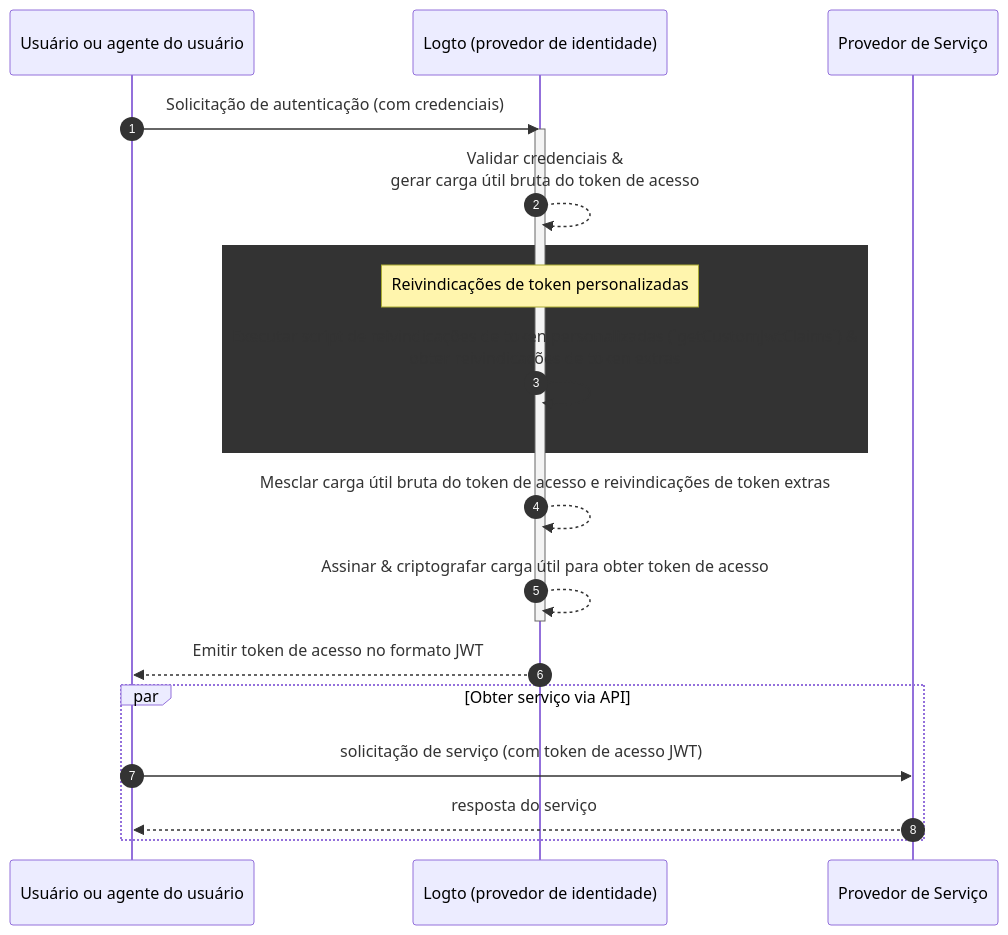
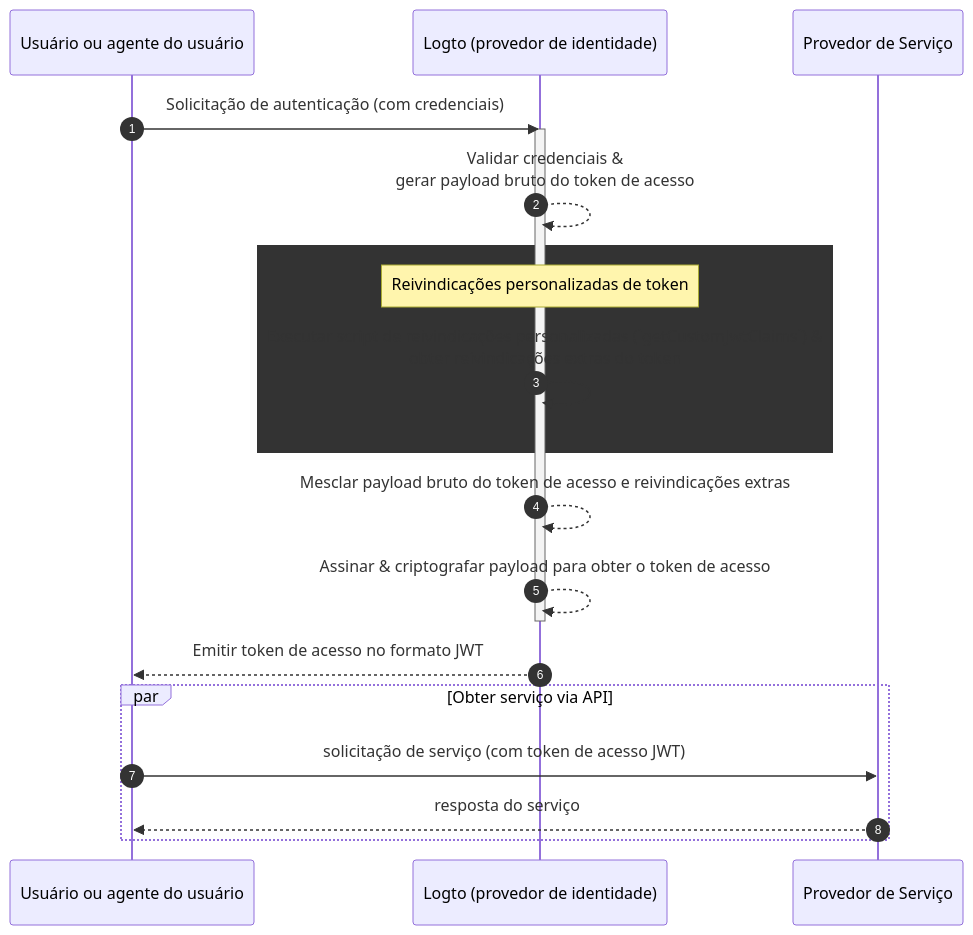
Before and after one commit to logto-io/docs: the diagram in i18n/pt-BR/docusaurus-plugin-content-docs/current/developers/custom-token-claims/README.mdx, drawn with Mermaid. The commit also changed other lines of this file and 580 other files, not shown here.

````diff
--- a/i18n/pt-BR/docusaurus-plugin-content-docs/current/developers/custom-token-claims/README.mdx
+++ b/i18n/pt-BR/docusaurus-plugin-content-docs/current/developers/custom-token-claims/README.mdx
@@ -26,23 +26,23 @@
 ```mermaid
 sequenceDiagram
   participant U as Usuário ou agente do usuário
   participant IdP as Logto (provedor de identidade)
   participant SP as Provedor de Serviço
 
   autonumber
   U ->> IdP: Solicitação de autenticação (com credenciais)
   activate IdP
-  IdP-->>IdP: Validar credenciais &<br/>gerar carga útil bruta do token de acesso
+  IdP-->>IdP: Validar credenciais &<br/>gerar payload bruto do token de acesso
   rect var(--mermaid-rect-fill)
-  note over IdP: Reivindicações de token personalizadas
-  IdP->>IdP: Executar script de reivindicações de token personalizadas (`getCustomJwtClaims`) &<br/>obter reivindicações de token extras
+  note over IdP: Reivindicações personalizadas de token
+  IdP->>IdP: Executar script de reivindicações personalizadas (`getCustomJwtClaims`) &<br/>obter reivindicações extras do token
   end
-  IdP-->>IdP: Mesclar carga útil bruta do token de acesso e reivindicações de token extras
-  IdP-->>IdP: Assinar & criptografar carga útil para obter token de acesso
+  IdP-->>IdP: Mesclar payload bruto do token de acesso e reivindicações extras
+  IdP-->>IdP: Assinar & criptografar payload para obter o token de acesso
   deactivate IdP
   IdP-->>U: Emitir token de acesso no formato JWT
   par Obter serviço via API
   U->>SP: solicitação de serviço (com token de acesso JWT)
   SP-->>U: resposta do serviço
   end
 ```
````
